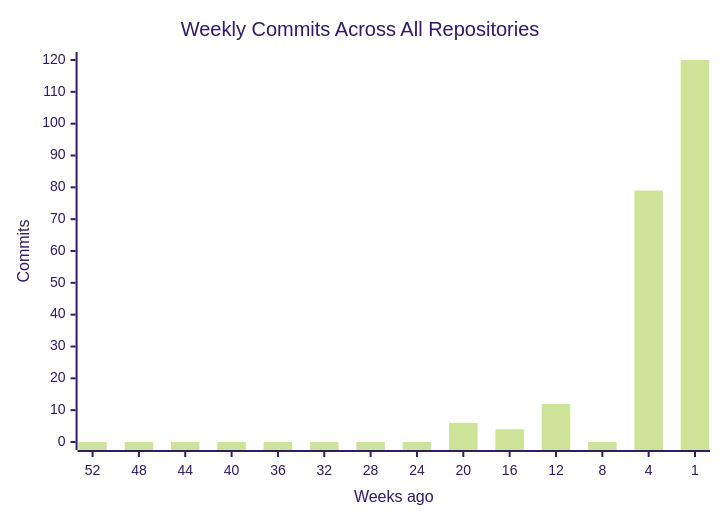
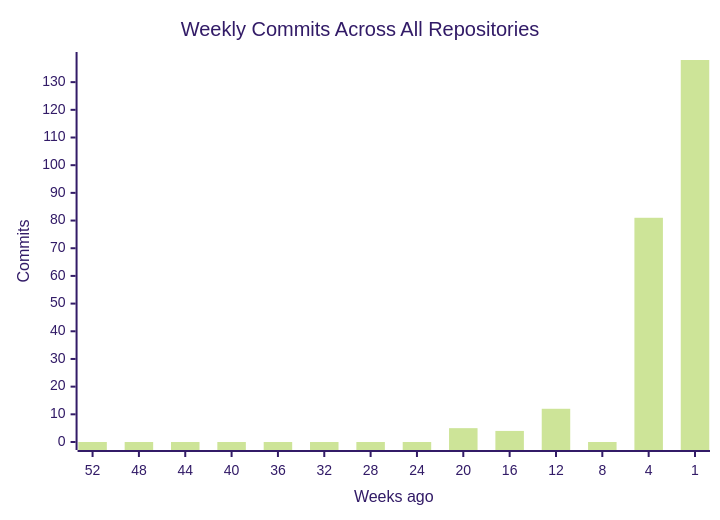
One commit to CSTH-Projects/.github changed the first of 4 diagrams in profile/README.md. Above: the diagram before and after it, drawn with Mermaid (forest theme). The commit also changed other lines of this file, not shown here.

````diff
--- a/profile/README.md
+++ b/profile/README.md
@@ -16,7 +16,7 @@
 ```mermaid
 xychart-beta
     title "Weekly Commits Across All Repositories"
     x-axis "Weeks ago" [52, 48, 44, 40, 36, 32, 28, 24, 20, 16, 12, 8, 4, 1]
     y-axis "Commits"
-    bar [0, 0, 0, 0, 0, 0, 0, 0, 6, 4, 12, 0, 79, 120]
+    bar [0, 0, 0, 0, 0, 0, 0, 0, 5, 4, 12, 0, 81, 138]
 ```
````
